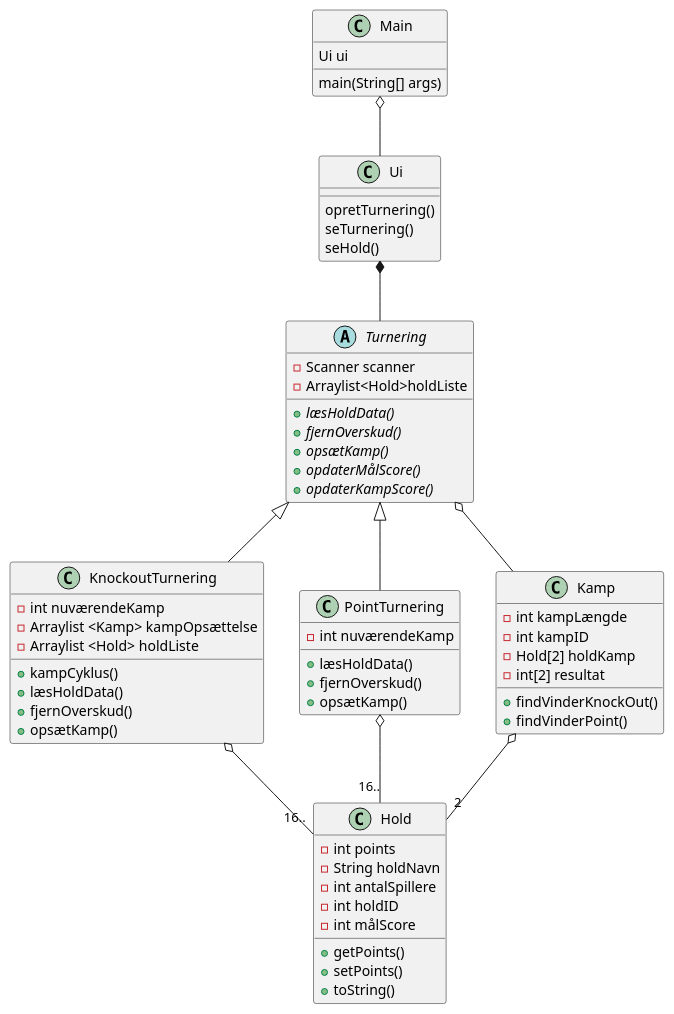
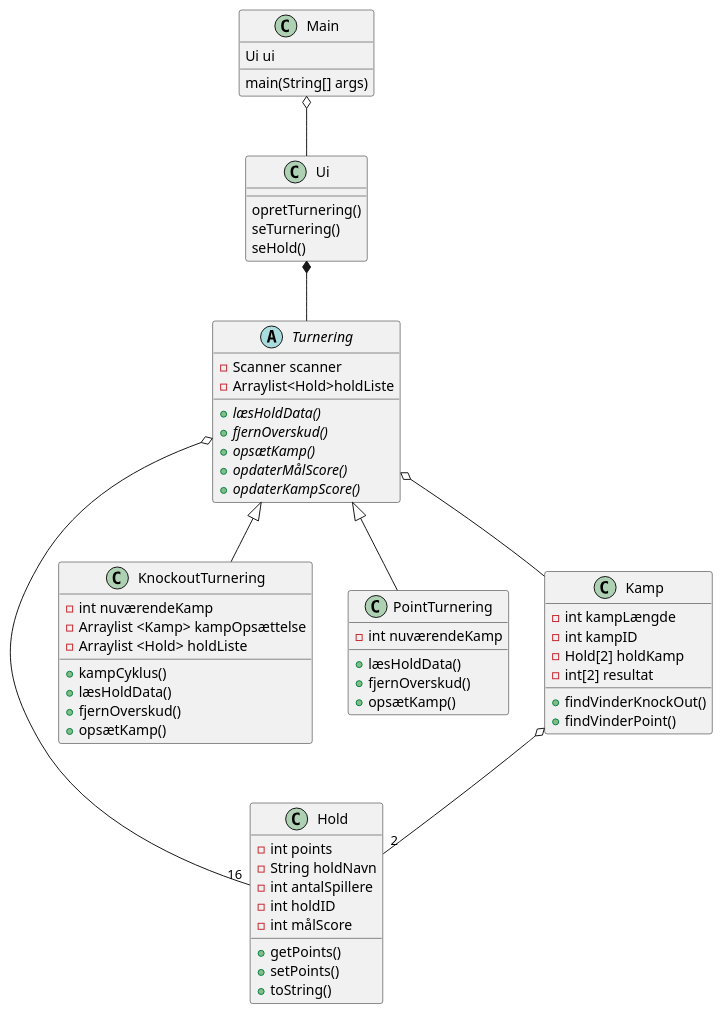
One commit to Datamatiker-A3/SP3 changed the diagram in SP3/src/UML/Klassediagram.puml. Above: the diagram before and after it, drawn with PlantUML.

Commit message:
Hello det er Anders, ændrede Klassediagram.puml

```diff
--- a/SP3/src/UML/Klassediagram.puml
+++ b/SP3/src/UML/Klassediagram.puml
@@ -1,75 +1,74 @@
 @startuml
 'https://plantuml.com/class-diagram
 
 abstract class Turnering
 class Main
 class Hold
 class KnockoutTurnering
 class PointTurnering
 class Kamp
 Main o-- Ui
 Ui *-- Turnering
 Turnering <|-- KnockoutTurnering
 Turnering<|-- PointTurnering
-KnockoutTurnering o-- "16.." Hold
-PointTurnering o-- "16.." Hold
+Turnering o-- "16" Hold
 Turnering o-- Kamp
 Kamp o-- "2" Hold
 
 class Ui{
 opretTurnering()
 seTurnering()
 seHold()
 }
 
 class Main {
 main(String[] args)
 Ui ui
 }
 class Kamp{
 - int kampLængde
 - int kampID
 - Hold[2] holdKamp
 - int[2] resultat
 + findVinderKnockOut()
 + findVinderPoint()
 }
 
 class Hold{
 - int points
 - String holdNavn
 - int antalSpillere
 - int holdID
 - int målScore
 + getPoints()
 + setPoints()
 + toString()
 
 }
 abstract class Turnering{
 - Scanner scanner
 - Arraylist<Hold>holdListe
 + {abstract}læsHoldData()
 + {abstract}fjernOverskud()
 + {abstract}opsætKamp()
 + {abstract}opdaterMålScore()
 + {abstract}opdaterKampScore()
 }
 class KnockoutTurnering{
 - int nuværendeKamp
 - Arraylist <Kamp> kampOpsættelse
 - Arraylist <Hold> holdListe
 + kampCyklus()
 + læsHoldData()
 + fjernOverskud()
 + opsætKamp()
 }
 class PointTurnering{
 - int nuværendeKamp
 + læsHoldData()
 + fjernOverskud()
 + opsætKamp()
 }
 
 
 @enduml
```
